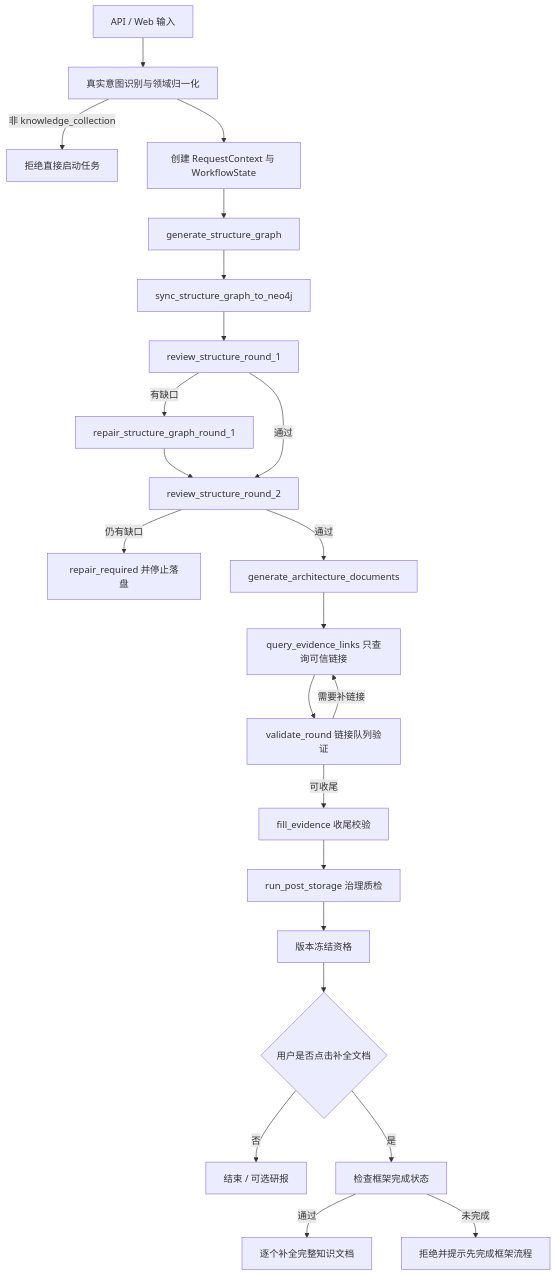
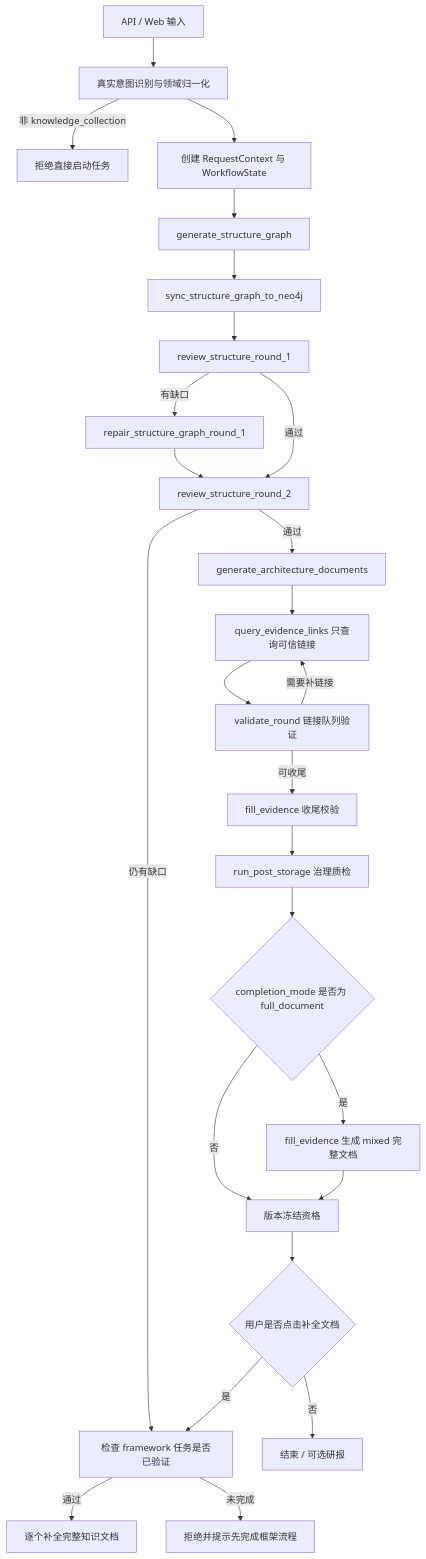
One commit to crabin/knowledgeforge changed the diagram in docs/流程执行文档.md. Above: the diagram before and after it, drawn with Mermaid. The commit also changed other lines of this file and 4 other files, not shown here.

````diff
--- a/docs/流程执行文档.md
+++ b/docs/流程执行文档.md
@@ -11,25 +11,28 @@
 ```mermaid
 flowchart TD
     A[API / Web 输入] --> B[真实意图识别与领域归一化]
     B -->|非 knowledge_collection| X[拒绝直接启动任务]
     B --> C[创建 RequestContext 与 WorkflowState]
     C --> D[generate_structure_graph]
     D --> E[sync_structure_graph_to_neo4j]
     E --> F[review_structure_round_1]
     F -->|有缺口| G[repair_structure_graph_round_1]
     G --> H[review_structure_round_2]
     F -->|通过| H
     H -->|仍有缺口| S[repair_required 并停止落盘]
     H -->|通过| I[generate_architecture_documents]
     I --> J[query_evidence_links 只查询可信链接]
     J --> K[validate_round 链接队列验证]
     K -->|需要补链接| J
     K -->|可收尾| L[fill_evidence 收尾校验]
     L --> M[run_post_storage 治理质检]
-    M --> N[版本冻结资格]
-    N --> O{用户是否点击补全文档}
-    O -->|否| P[结束 / 可选研报]
-    O -->|是| Q[检查框架完成状态]
-    Q -->|通过| R[逐个补全完整知识文档]
-    Q -->|未完成| T[拒绝并提示先完成框架流程]
+    M --> N{completion_mode 是否为 full_document}
+    N -->|是| O[fill_evidence 生成 mixed 完整文档]
+    N -->|否| P[版本冻结资格]
+    O --> P
+    P --> Q{用户是否点击补全文档}
+    Q -->|否| R[结束 / 可选研报]
+    Q -->|是| S[检查 framework 任务是否已验证]
+    S -->|通过| T[逐个补全完整知识文档]
+    S -->|未完成| U[拒绝并提示先完成框架流程]
 ```
````
